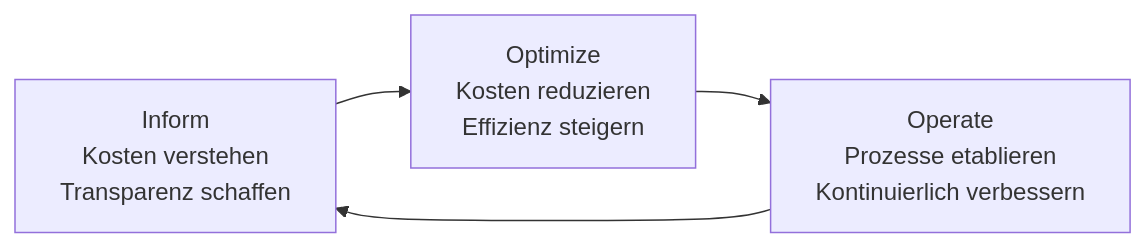
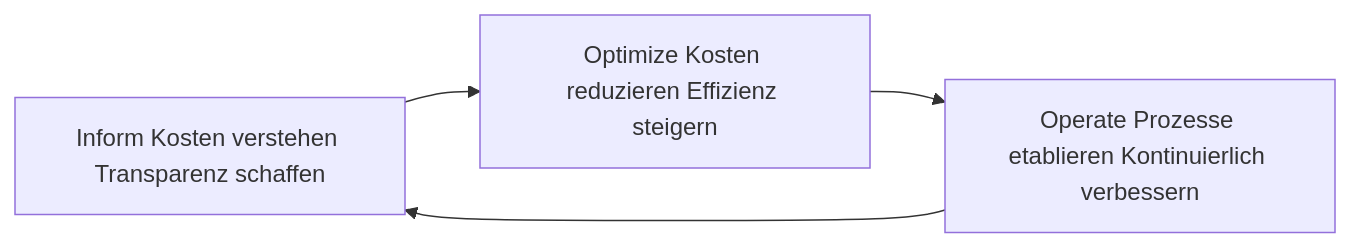
One commit to SoniiiT/notes-n-docs changed the second of 2 diagrams in Microsoft 365/Azure/Grundlagen/Azure Cost Management.md. Above: the diagram before and after it, drawn with Mermaid. The commit also changed other lines of this file and 124 other files, not shown here.

First line of the commit message:
fix: Entferne \n aus allen Mermaid-Diagrammen (125 Dateien)

````diff
--- a/Microsoft 365/Azure/Grundlagen/Azure Cost Management.md
+++ b/Microsoft 365/Azure/Grundlagen/Azure Cost Management.md
@@ -274,6 +274,6 @@
 ```mermaid
 graph LR
-    INFORM[Inform\nKosten verstehen\nTransparenz schaffen] --> OPTIMIZE[Optimize\nKosten reduzieren\nEffizienz steigern]
-    OPTIMIZE --> OPERATE[Operate\nProzesse etablieren\nKontinuierlich verbessern]
+    INFORM[Inform Kosten verstehen Transparenz schaffen] --> OPTIMIZE[Optimize Kosten reduzieren Effizienz steigern]
+    OPTIMIZE --> OPERATE[Operate Prozesse etablieren Kontinuierlich verbessern]
     OPERATE --> INFORM
 ```
````
